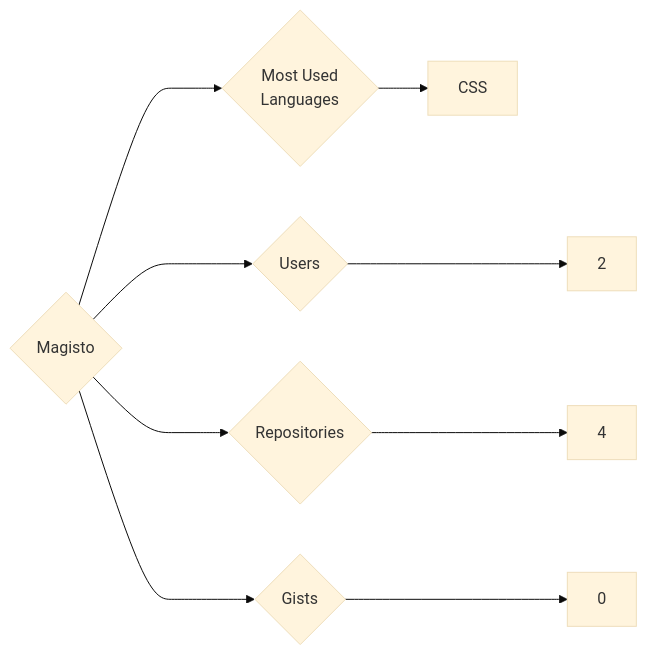
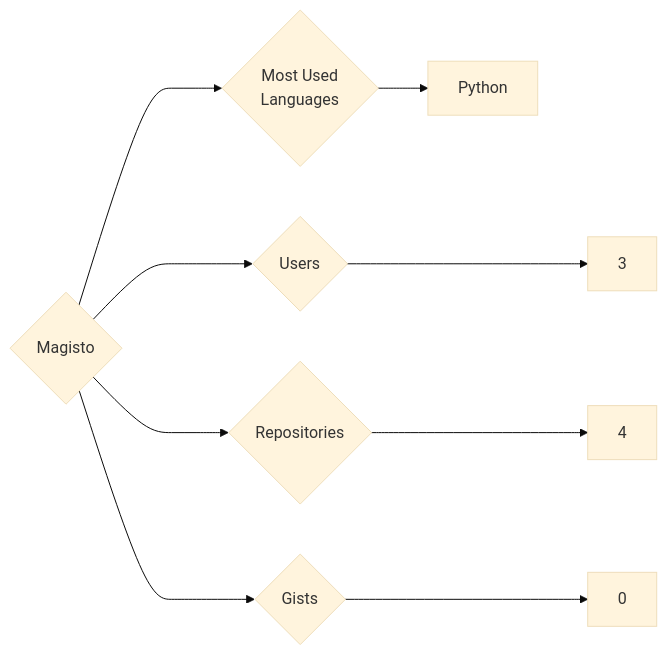
One commit to trickest/insiders changed the diagram in targets/Magisto/README.md. Above: the diagram before and after it, drawn with Mermaid (base theme). The commit also changed 750 other files, not shown here.

````diff
--- a/targets/Magisto/README.md
+++ b/targets/Magisto/README.md
@@ -3,9 +3,9 @@
 ```mermaid
 graph LR
 COMPANY_NAME{Magisto}
-COMPANY_NAME ---> U{Users} ---> UN[2]
+COMPANY_NAME ---> U{Users} ---> UN[3]
 COMPANY_NAME ---> R{Repositories} ---> RN[4]
 COMPANY_NAME ---> G{Gists} ---> GN[0]
 COMPANY_NAME ---> ML{Most Used<br>Languages}
-ML --> CSS[CSS]
+ML --> Python[Python]
 ```
````
